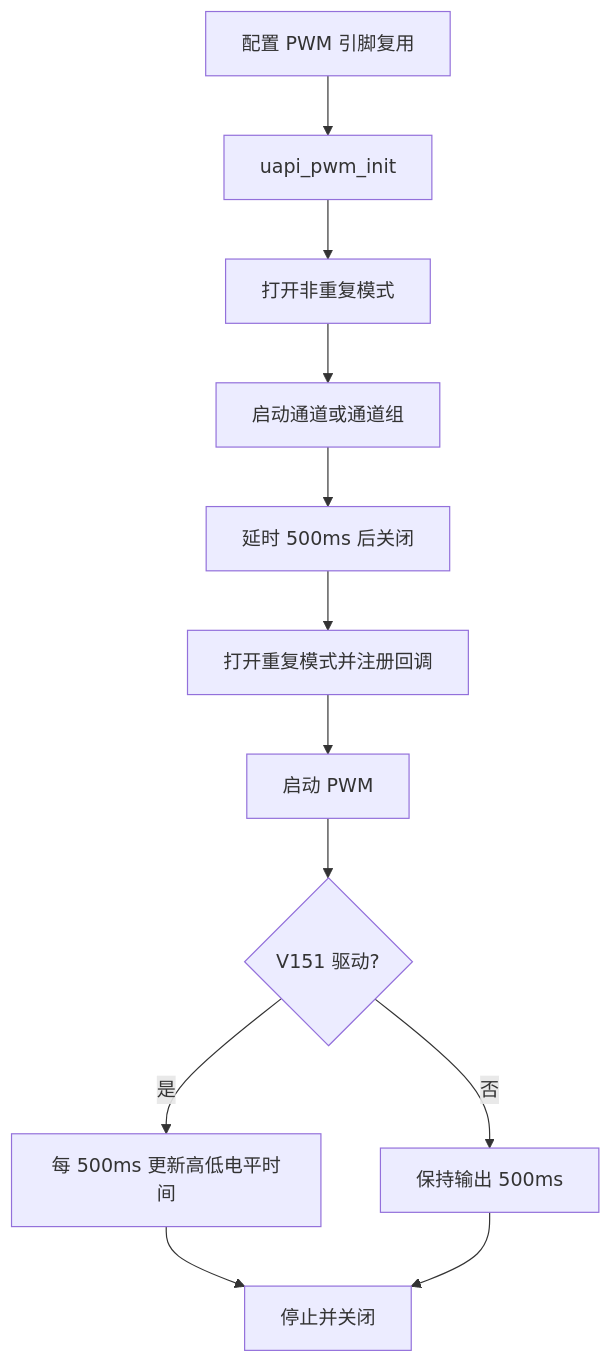
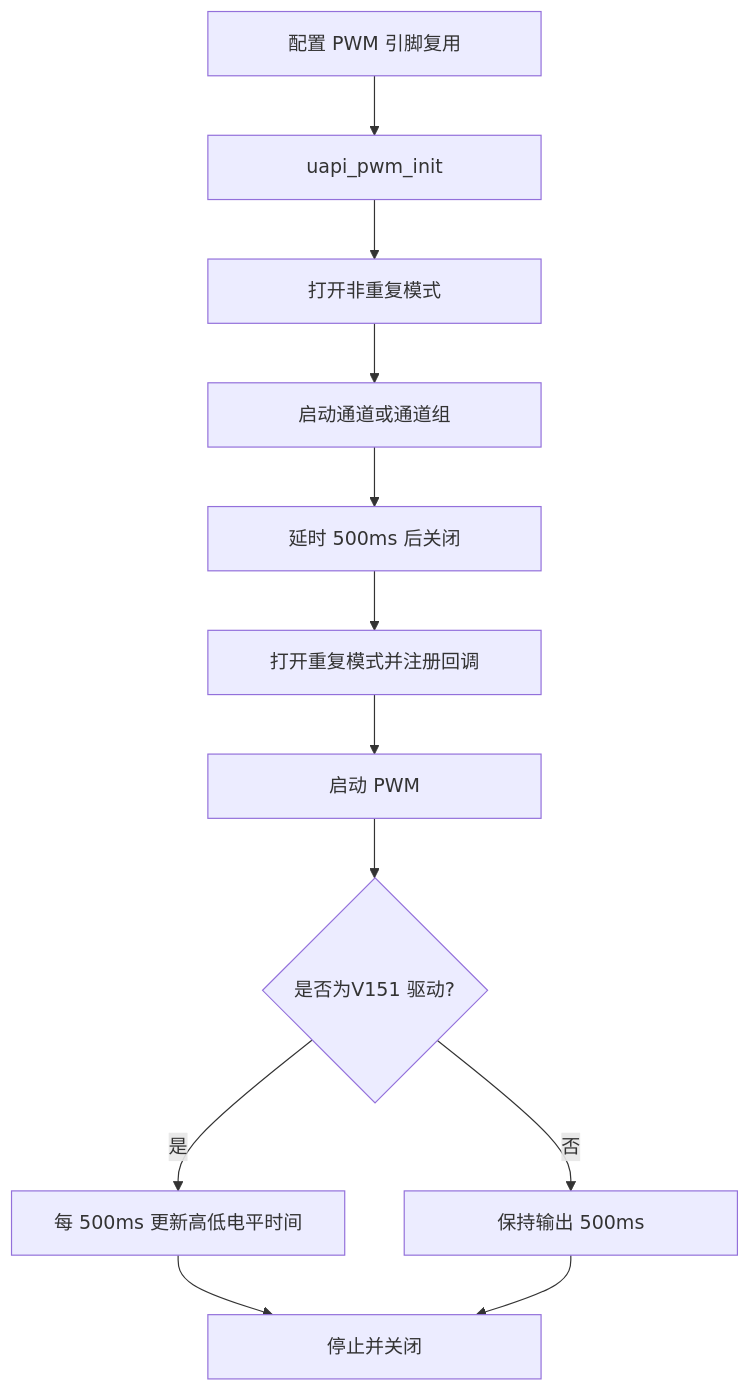
One commit to sanchuanhehe/fbb_ws53 changed the second of 2 diagrams in docs/zh-CN/samples/peripherals/pwm/pwm.md. Above: the diagram before and after it, drawn with Mermaid. The commit also changed other lines of this file and 8 other files, not shown here.

First line of the commit message:
docs: 优化 WS53 示例流程图与配置说明

````diff
--- a/docs/zh-CN/samples/peripherals/pwm/pwm.md
+++ b/docs/zh-CN/samples/peripherals/pwm/pwm.md
@@ -86,14 +83,14 @@
 ```mermaid
 flowchart TD
-    A[配置 PWM 引脚复用] --> B[uapi_pwm_init]
-    B --> C[打开非重复模式]
-    C --> D[启动通道或通道组]
-    D --> E[延时 500ms 后关闭]
-    E --> F[打开重复模式并注册回调]
-    F --> G[启动 PWM]
-    G --> H{V151 驱动?}
-    H -->|是| I[每 500ms 更新高低电平时间]
-    H -->|否| J[保持输出 500ms]
-    I --> K[停止并关闭]
+    A["<div style='width: 220px;'>配置 PWM 引脚复用</div>"] --> B["<div style='width: 220px;'>uapi_pwm_init</div>"]
+    B --> C["<div style='width: 220px;'>打开非重复模式</div>"]
+    C --> D["<div style='width: 220px;'>启动通道或通道组</div>"]
+    D --> E["<div style='width: 220px;'>延时 500ms 后关闭</div>"]
+    E --> F["<div style='width: 220px;'>打开重复模式并注册回调</div>"]
+    F --> G["<div style='width: 220px;'>启动 PWM</div>"]
+    G --> H{是否为V151 驱动?}
+    H -->|是| I["<div style='width: 220px;'>每 500ms 更新高低电平时间</div>"]
+    H -->|否| J["<div style='width: 220px;'>保持输出 500ms</div>"]
+    I --> K["<div style='width: 220px;'>停止并关闭</div>"]
     J --> K
 ```
````
